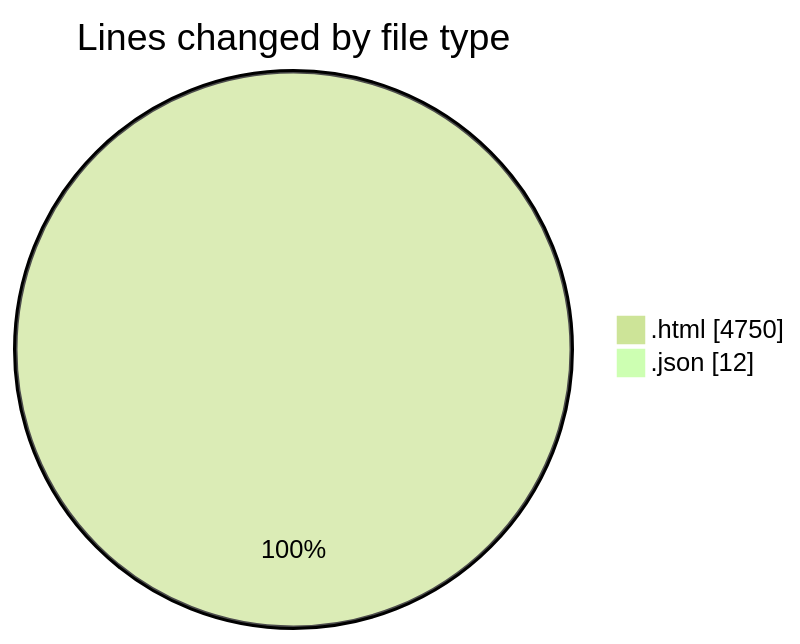
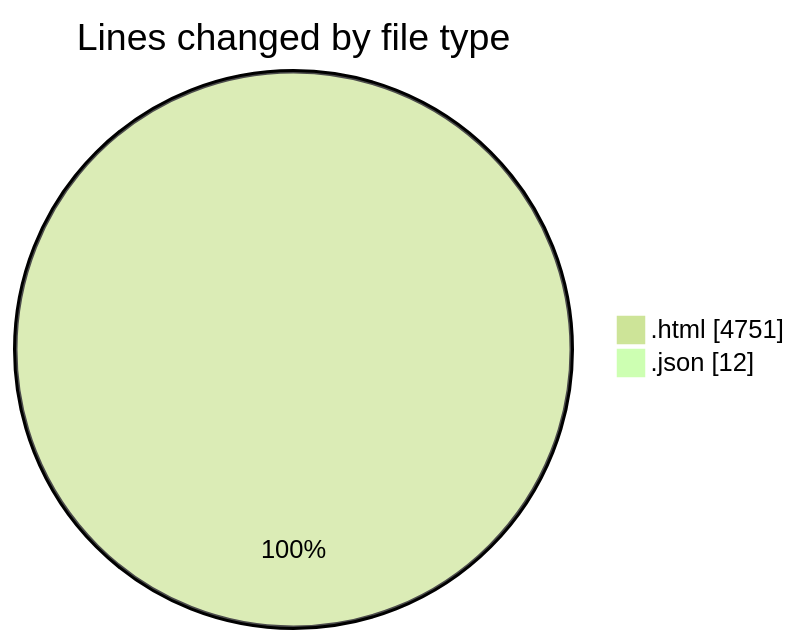
Before and after one commit to momahboobian/code-tracking: the first of 2 diagrams in 2026-05-21/pdf_invoice/README.md, drawn with Mermaid (forest theme). The commit also changed other lines of this file and 1 other file, not shown here.

````diff
--- a/2026-05-21/pdf_invoice/README.md
+++ b/2026-05-21/pdf_invoice/README.md
@@ -26,6 +26,6 @@
 ```mermaid
 pie showData
 title Lines changed by file type
-".html" : 4750
+".html" : 4751
 ".json" : 12
 ```
````
